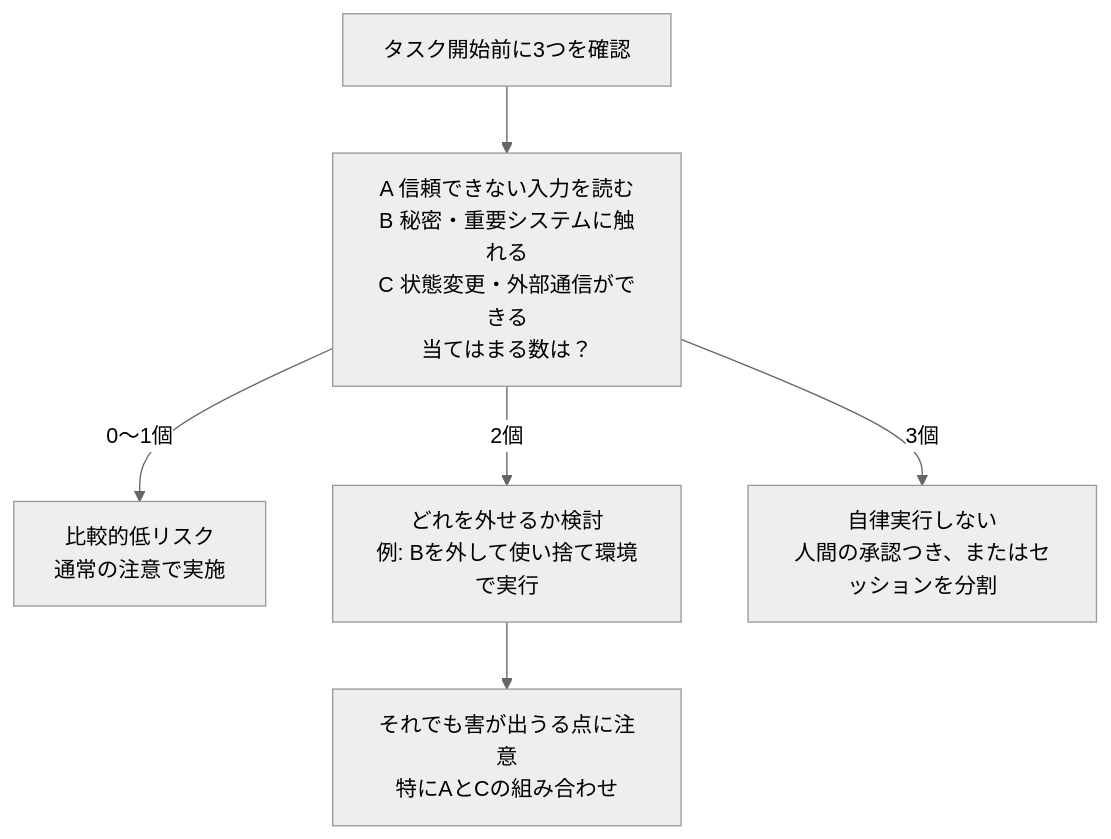
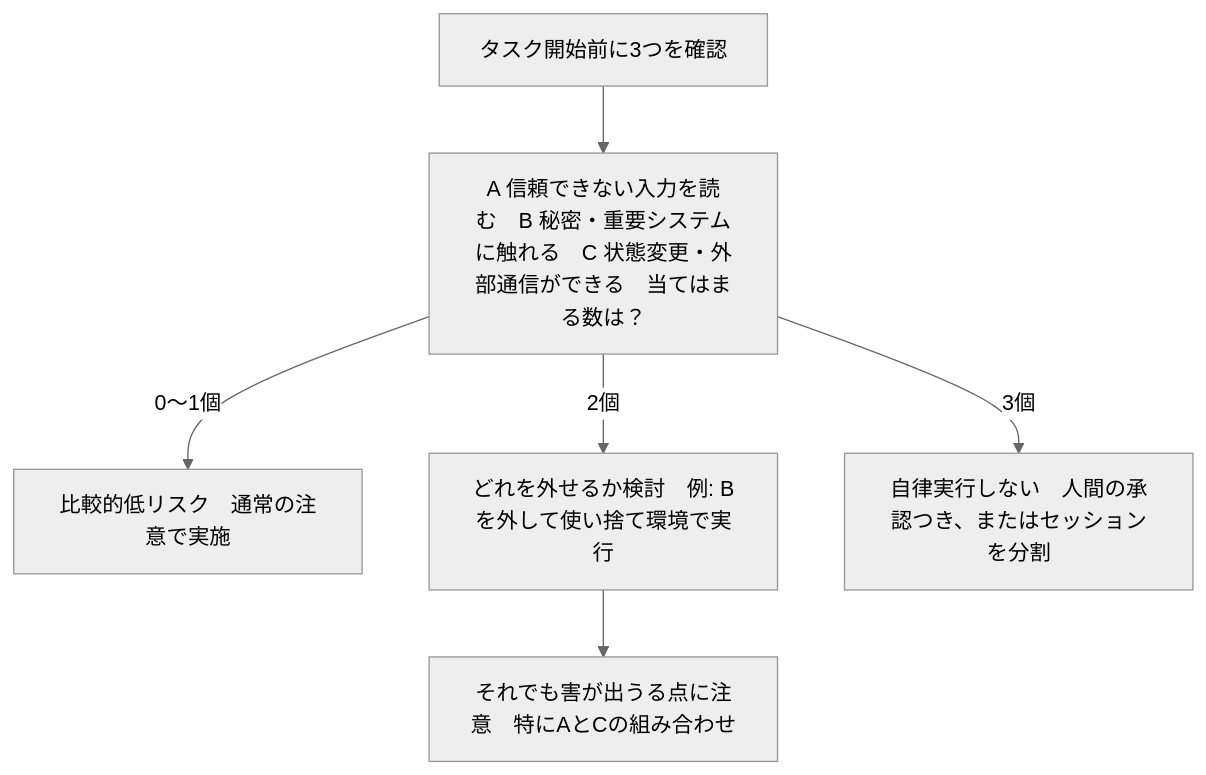
The fifth of 9 diagrams in Ai-coding-safety-guide.md (myoshi2891/Security_Studies), drawn with Mermaid (neutral theme) before and after one commit. The commit also changed other lines of this file, not shown here.

Commit message:
docs(ai-coding): replace br tags with fullwidth spaces in mermaid diagrams

````diff
--- a/Ai-coding-safety-guide.md
+++ b/Ai-coding-safety-guide.md
@@ -438,8 +438,8 @@
 ```mermaid
 flowchart TD
-    S["タスク開始前に3つを確認"] --> Q["A 信頼できない入力を読む<br/>B 秘密・重要システムに触れる<br/>C 状態変更・外部通信ができる<br/>当てはまる数は？"]
-    Q -->|"0〜1個"| R1["比較的低リスク<br/>通常の注意で実施"]
-    Q -->|"2個"| R2["どれを外せるか検討<br/>例: Bを外して使い捨て環境で実行"]
-    Q -->|"3個"| R3["自律実行しない<br/>人間の承認つき、またはセッションを分割"]
-    R2 --> R4["それでも害が出うる点に注意<br/>特にAとCの組み合わせ"]
+    S["タスク開始前に3つを確認"] --> Q["A 信頼できない入力を読む　B 秘密・重要システムに触れる　C 状態変更・外部通信ができる　当てはまる数は？"]
+    Q -->|"0〜1個"| R1["比較的低リスク　通常の注意で実施"]
+    Q -->|"2個"| R2["どれを外せるか検討　例: Bを外して使い捨て環境で実行"]
+    Q -->|"3個"| R3["自律実行しない　人間の承認つき、またはセッションを分割"]
+    R2 --> R4["それでも害が出うる点に注意　特にAとCの組み合わせ"]
 ```
````
